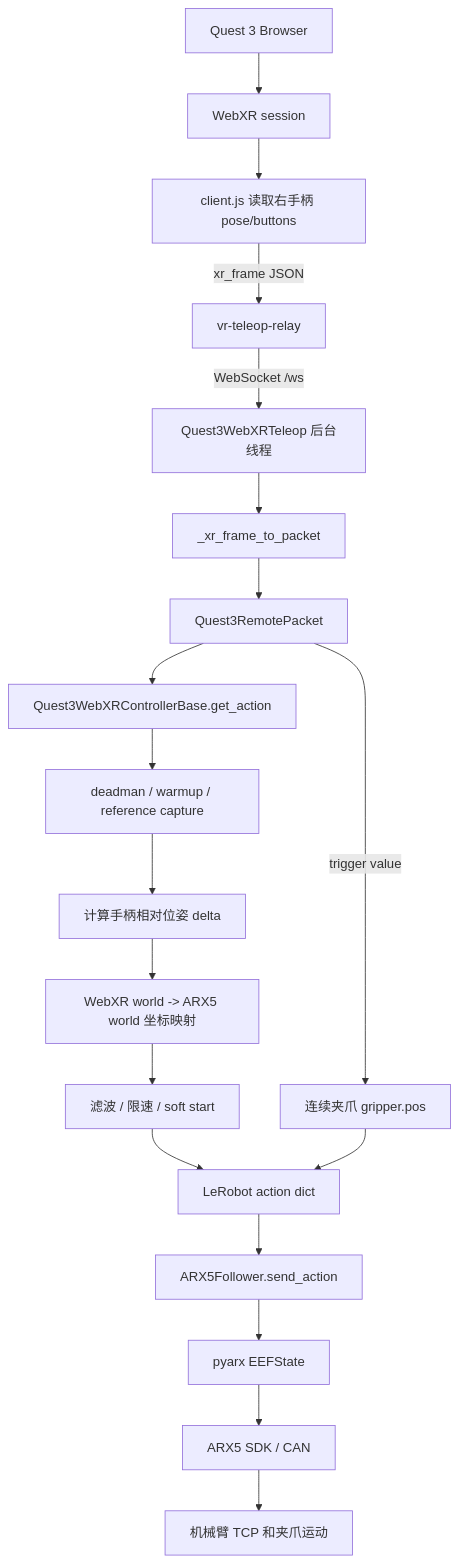
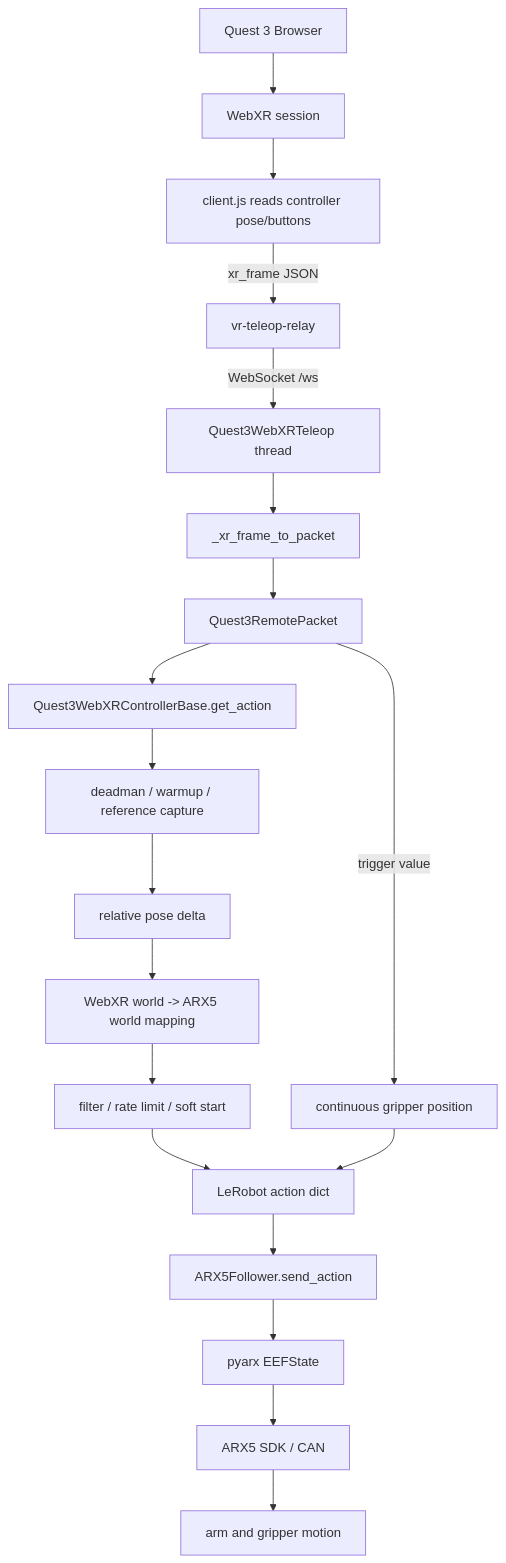
The diagram in README_DETAILED_CHAIN.md (etince11e/arx5-webxr-teleop), drawn with Mermaid before and after one commit. The commit also changed other lines of this file and 5 other files, not shown here.

````diff
--- a/README_DETAILED_CHAIN.md
+++ b/README_DETAILED_CHAIN.md
@@ -38,21 +28,21 @@
 ```mermaid
 flowchart TD
     A[Quest 3 Browser] --> B[WebXR session]
-    B --> C[client.js 读取右手柄 pose/buttons]
+    B --> C[client.js reads controller pose/buttons]
     C -->|xr_frame JSON| D[vr-teleop-relay]
-    D -->|WebSocket /ws| E[Quest3WebXRTeleop 后台线程]
+    D -->|WebSocket /ws| E[Quest3WebXRTeleop thread]
     E --> F[_xr_frame_to_packet]
     F --> G[Quest3RemotePacket]
     G --> H[Quest3WebXRControllerBase.get_action]
     H --> I[deadman / warmup / reference capture]
-    I --> J[计算手柄相对位姿 delta]
-    J --> K[WebXR world -> ARX5 world 坐标映射]
-    K --> L[滤波 / 限速 / soft start]
+    I --> J[relative pose delta]
+    J --> K[WebXR world -> ARX5 world mapping]
+    K --> L[filter / rate limit / soft start]
     L --> M[LeRobot action dict]
-    G -->|trigger value| N[连续夹爪 gripper.pos]
+    G -->|trigger value| N[continuous gripper position]
     N --> M
     M --> O[ARX5Follower.send_action]
     O --> P[pyarx EEFState]
     P --> Q[ARX5 SDK / CAN]
-    Q --> R[机械臂 TCP 和夹爪运动]
+    Q --> R[arm and gripper motion]
 ```
````
